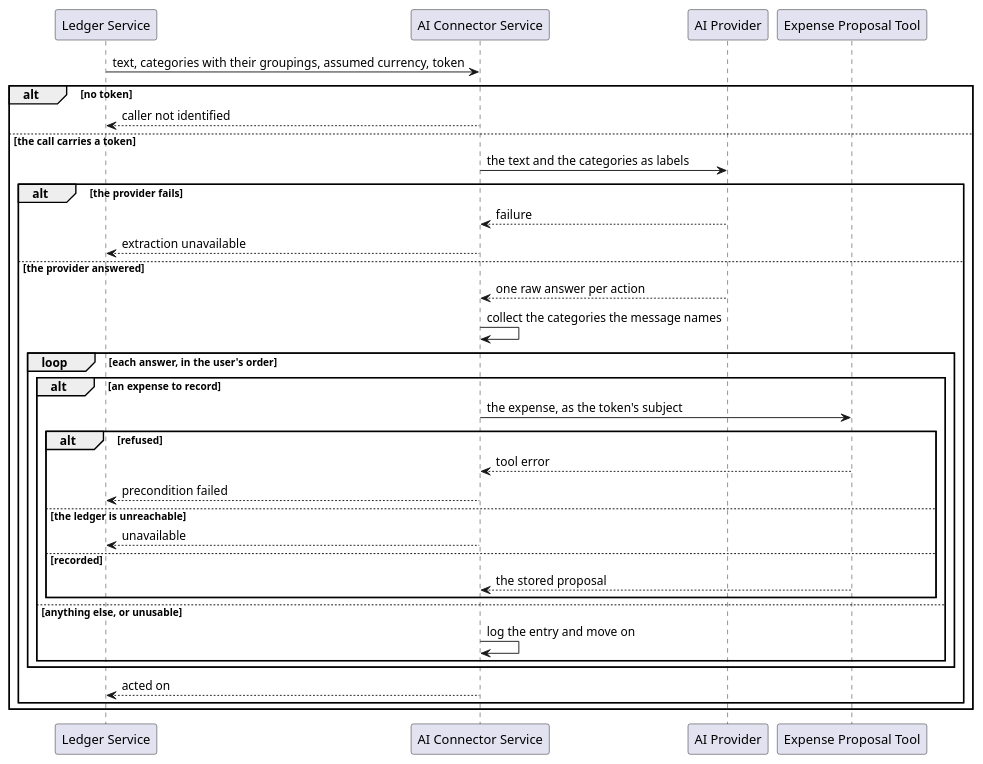
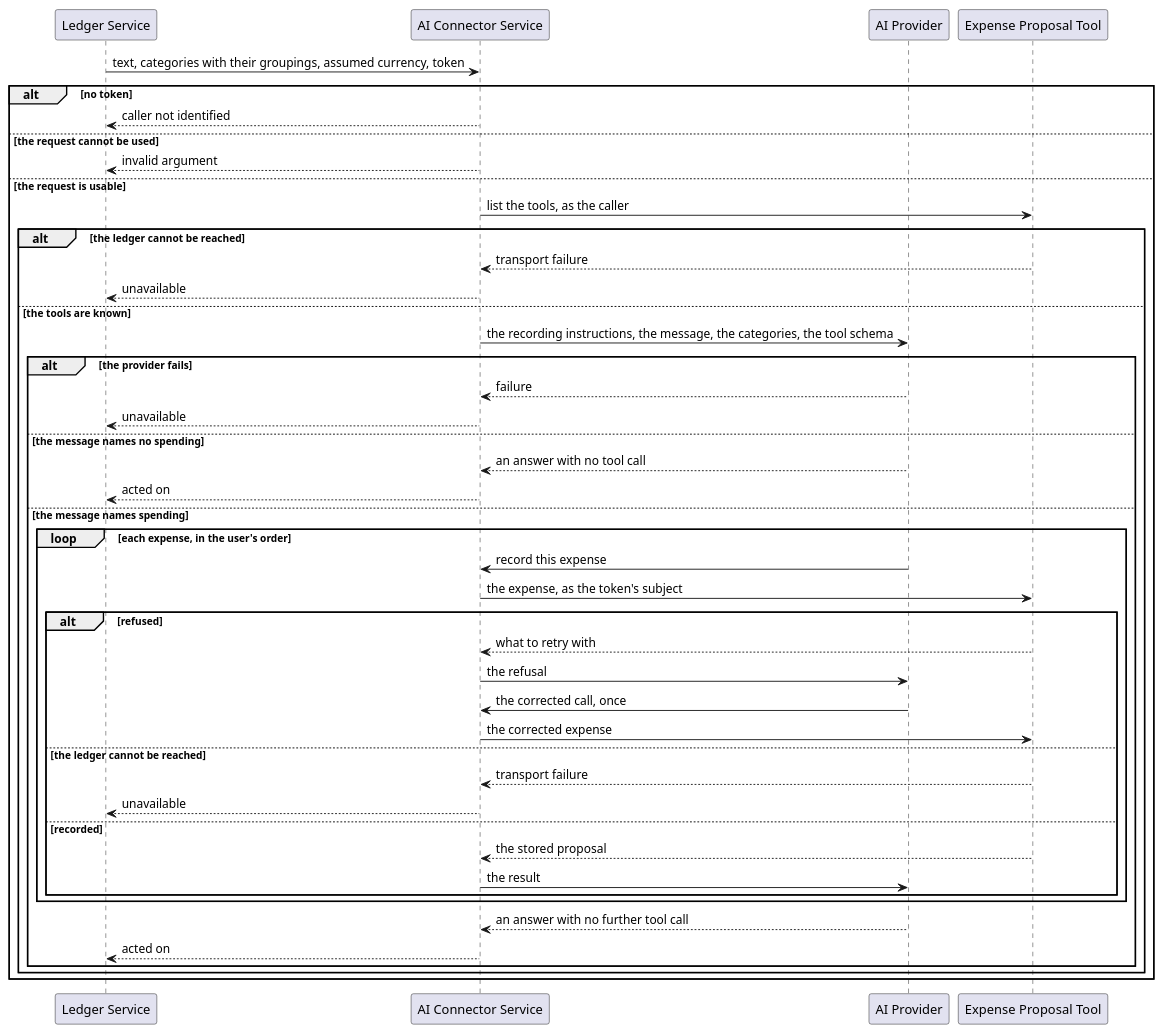
Before and after one commit to ds-usova/finance-bot: the second of 2 diagrams in ai-connector-service/docs/usecases/extract-intents.md, drawn with PlantUML. The commit also changed other lines of this file and 7 other files, not shown here.

````diff
--- a/ai-connector-service/docs/usecases/extract-intents.md
+++ b/ai-connector-service/docs/usecases/extract-intents.md
@@ -118,40 +101,53 @@
 ```plantuml
 @startuml ExtractIntents-Sequence
 participant "Ledger Service" as Caller
 participant "AI Connector Service" as Service
 participant "AI Provider" as Provider
 participant "Expense Proposal Tool" as Tool
 
 Caller -> Service : text, categories with their groupings, assumed currency, token
 
 alt no token
     Service --> Caller : caller not identified
-else the call carries a token
-    Service -> Provider : the text and the categories as labels
+else the request cannot be used
+    Service --> Caller : invalid argument
+else the request is usable
+    Service -> Tool : list the tools, as the caller
 
-    alt the provider fails
-        Provider --> Service : failure
-        Service --> Caller : extraction unavailable
-    else the provider answered
-        Provider --> Service : one raw answer per action
-        Service -> Service : collect the categories the message names
-        loop each answer, in the user's order
-            alt an expense to record
+    alt the ledger cannot be reached
+        Tool --> Service : transport failure
+        Service --> Caller : unavailable
+    else the tools are known
+        Service -> Provider : the recording instructions, the message, the categories, the tool schema
+
+        alt the provider fails
+            Provider --> Service : failure
+            Service --> Caller : unavailable
+        else the message names no spending
+            Provider --> Service : an answer with no tool call
+            Service --> Caller : acted on
+        else the message names spending
+            loop each expense, in the user's order
+                Provider -> Service : record this expense
                 Service -> Tool : the expense, as the token's subject
+
                 alt refused
-                    Tool --> Service : tool error
-                    Service --> Caller : precondition failed
-                else the ledger is unreachable
+                    Tool --> Service : what to retry with
+                    Service -> Provider : the refusal
+                    Provider -> Service : the corrected call, once
+                    Service -> Tool : the corrected expense
+                else the ledger cannot be reached
+                    Tool --> Service : transport failure
                     Service --> Caller : unavailable
                 else recorded
                     Tool --> Service : the stored proposal
+                    Service -> Provider : the result
                 end
-            else anything else, or unusable
-                Service -> Service : log the entry and move on
             end
+            Provider --> Service : an answer with no further tool call
+            Service --> Caller : acted on
         end
-        Service --> Caller : acted on
     end
 end
 @enduml
 ```
````
